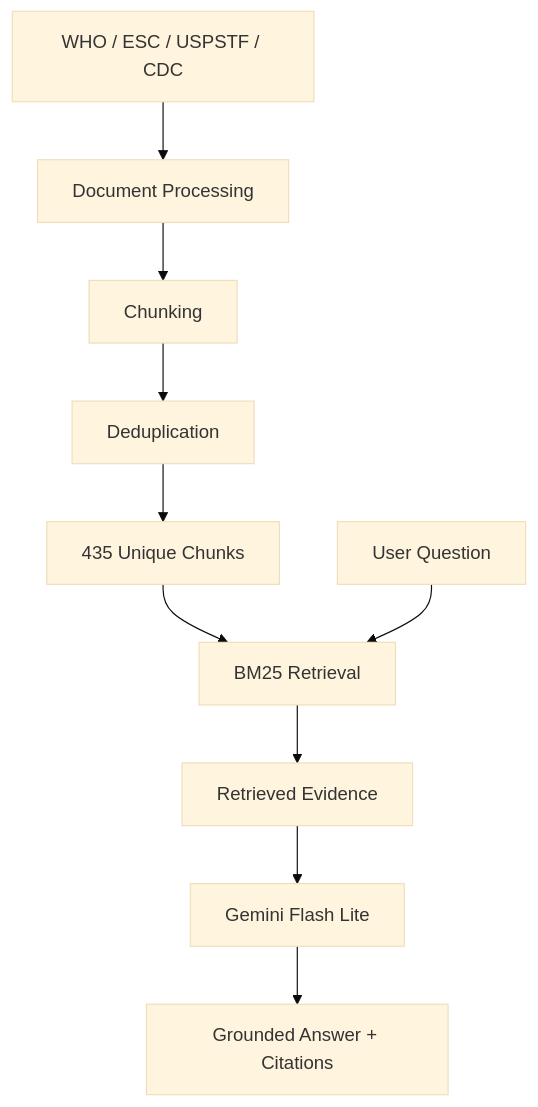
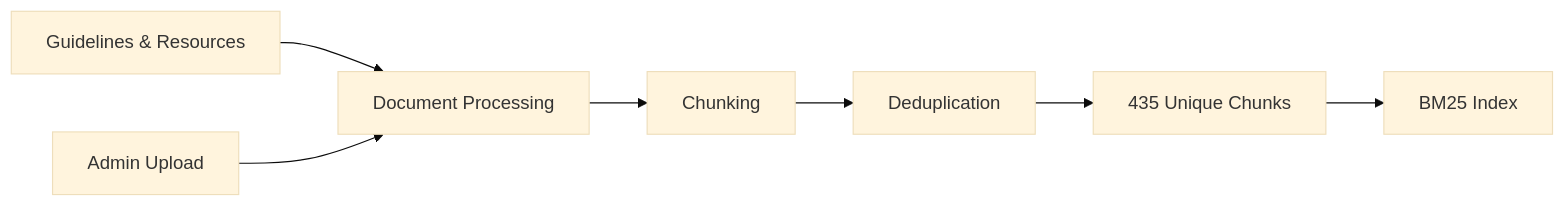
One commit to MOSTAFA1172m/hypertensionrag changed the first of 2 diagrams in README.md. Above: the diagram before and after it, drawn with Mermaid (base theme). The commit also changed other lines of this file, not shown here.

````diff
--- a/README.md
+++ b/README.md
@@ -70,13 +97,10 @@
 ```mermaid
-flowchart TD
-    A[WHO / ESC / USPSTF / CDC] --> B[Document Processing]
+flowchart LR
+    A[Guidelines & Resources] --> B[Document Processing]
     B --> C[Chunking]
     C --> D[Deduplication]
     D --> E[435 Unique Chunks]
-    E --> F[BM25 Retrieval]
+    E --> F[BM25 Index]
 
-    Q[User Question] --> F
-    F --> G[Retrieved Evidence]
-    G --> H[Gemini Flash Lite]
-    H --> I[Grounded Answer + Citations]
+    U[Admin Upload] --> B
 ```
````
